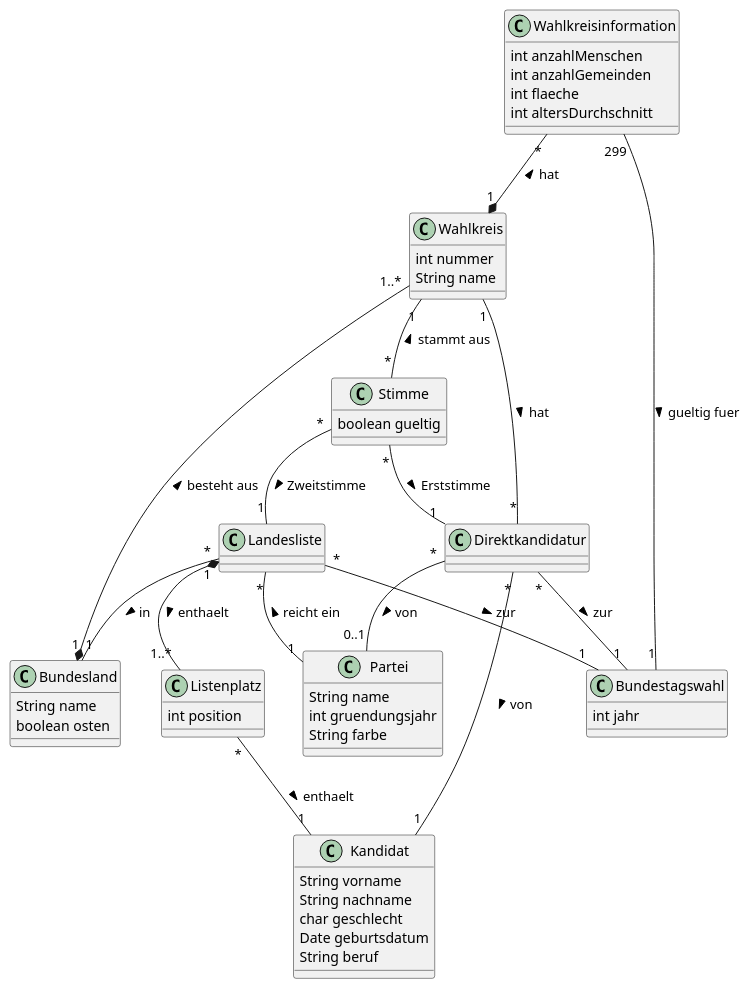
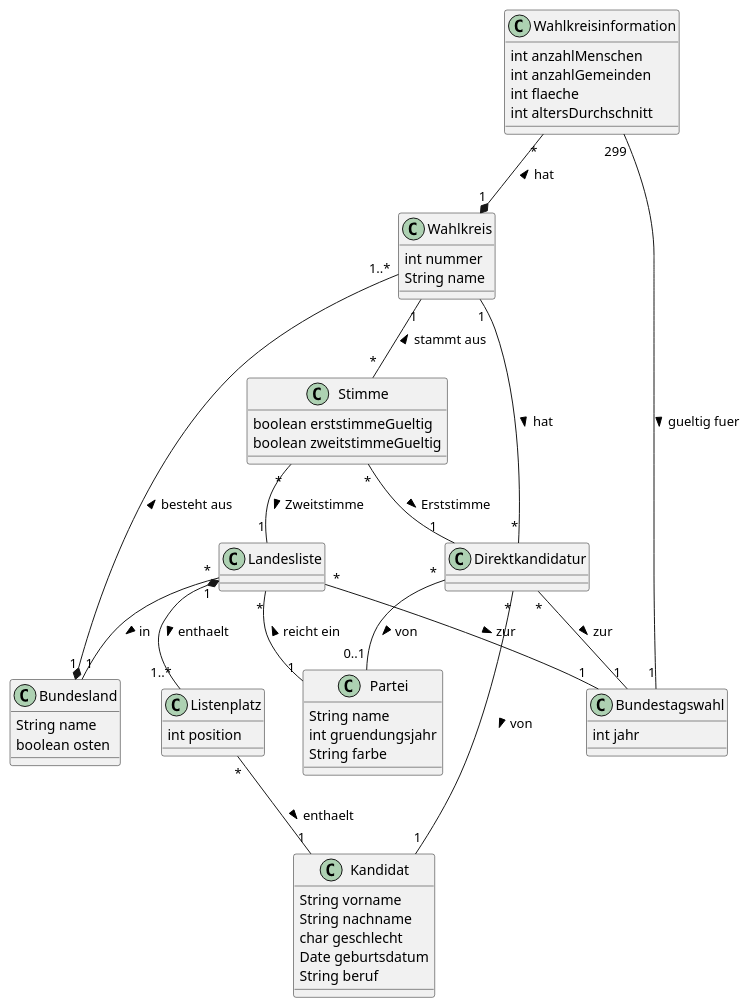
One commit to Toemmsche/database-systems-project-mirror changed the diagram in Blatt1/Aufgabe3.puml. Above: the diagram before and after it, drawn with PlantUML. The commit also changed 2 other files, not shown here.

```diff
--- a/Blatt1/Aufgabe3.puml
+++ b/Blatt1/Aufgabe3.puml
@@ -1,71 +1,72 @@
 @startuml
 class Kandidat {
     String vorname
     String nachname
     char geschlecht
     Date geburtsdatum
     String beruf
 }
 
 class Bundesland {
     String name
     boolean osten
 }
 
 class Partei {
     String name
     int gruendungsjahr
     String farbe
 }
 
 class Bundestagswahl{
    int jahr
 }
 
 class Wahlkreisinformation {
     int anzahlMenschen
     int anzahlGemeinden
     int flaeche
     int altersDurchschnitt
 }
 
 class Landesliste {
 }
 
 class Listenplatz {
     int position
 }
 
 class Wahlkreis {
     int nummer
     String name
 }
 
 class Stimme {
-    boolean gueltig
+    boolean erststimmeGueltig
+    boolean zweitstimmeGueltig
 }
 
 class Direktkandidatur {
 }
 
 Landesliste "*" -- "1" Bundesland : in >
 Landesliste "*" -- "1" Partei : < reicht ein
 Landesliste "*" -- "1" Bundestagswahl: zur >
 
 Landesliste "1" *-- "1..*" Listenplatz : enthaelt >
 Listenplatz "*" -- "1" Kandidat : enthaelt >
 
 Wahlkreis "1..*" --* "1" Bundesland : besteht aus <
 
 Wahlkreisinformation "*" --* "1" Wahlkreis : < hat
 Wahlkreisinformation "299" -- "1" Bundestagswahl: gueltig fuer >
 
 Direktkandidatur "*" -- "1" Kandidat : von >
 Direktkandidatur "*" -- "1" Wahlkreis : < hat
 Direktkandidatur "*" -- "0..1" Partei : von >
 Direktkandidatur "*" -- "1" Bundestagswahl: zur >
 
 Stimme "*" -- "1" Direktkandidatur : Erststimme >
 Stimme "*" -- "1" Landesliste : Zweitstimme >
 Stimme "*" -up- "1" Wahlkreis : stammt aus >
 @enduml
```
